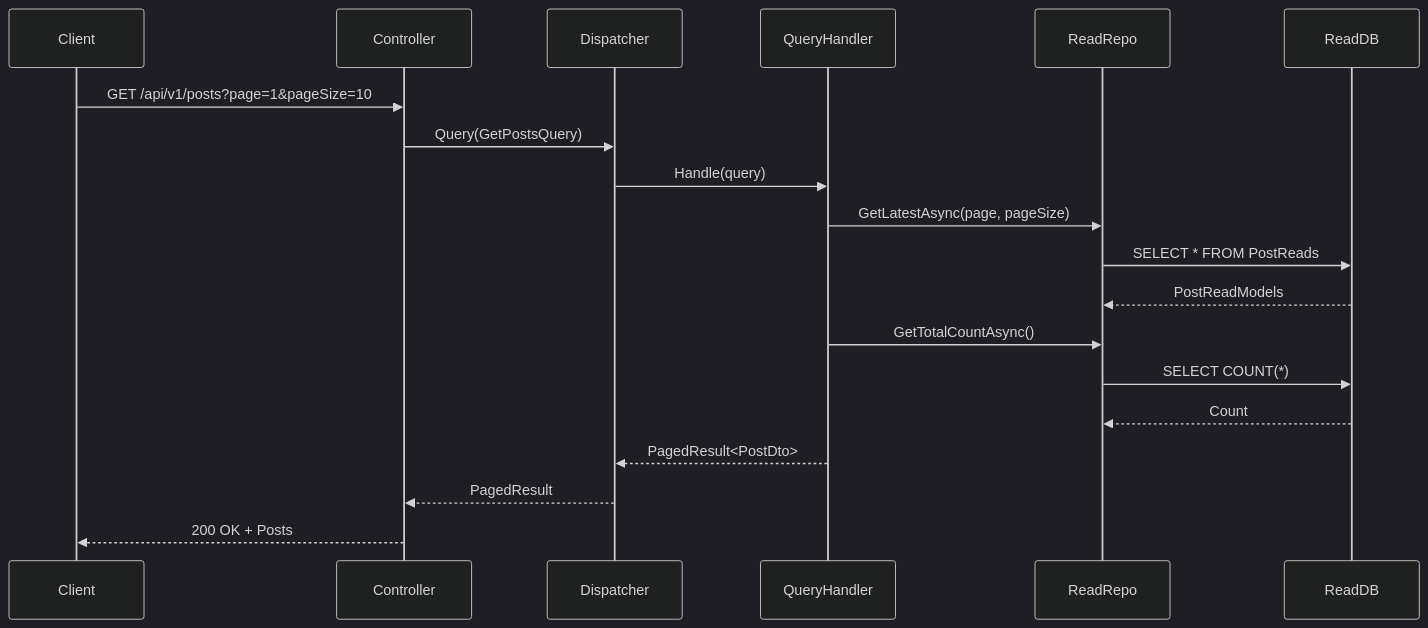
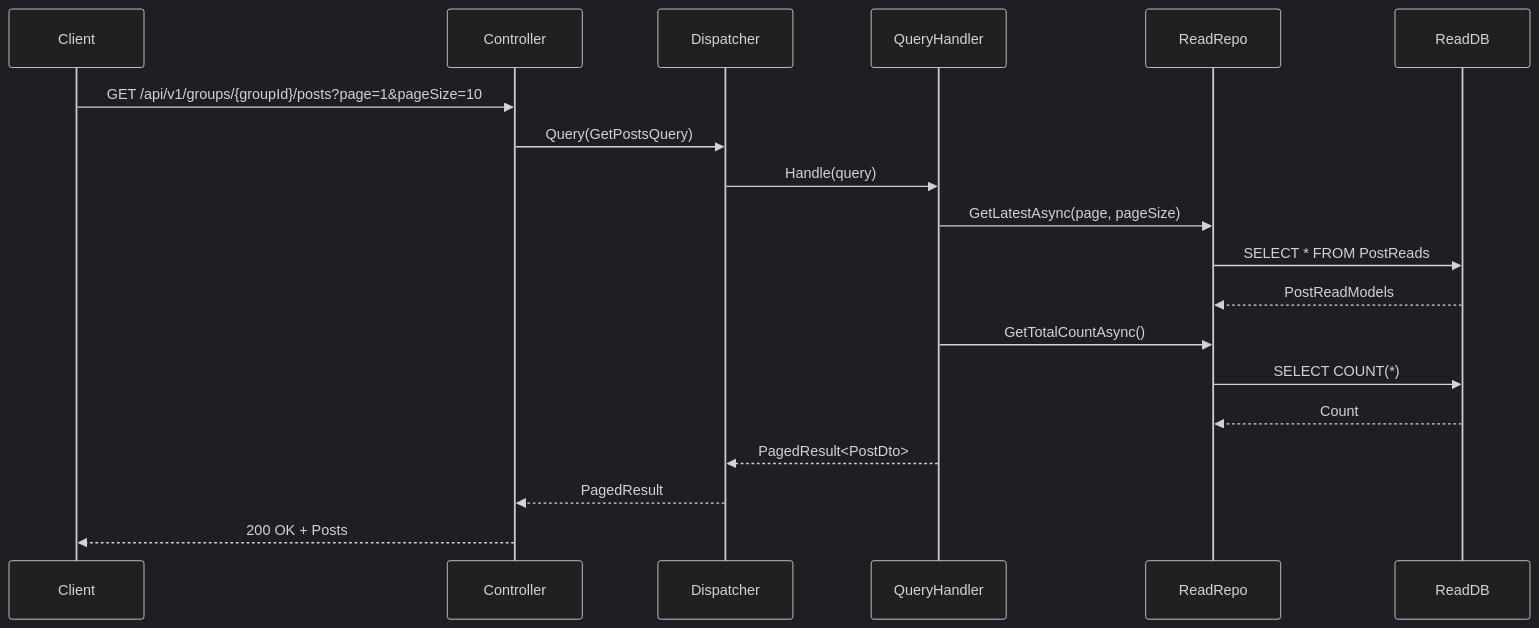
Before and after one commit to SitholeWB/social-media-api: the fourth of 7 diagrams in docs/API.md, drawn with Mermaid (dark theme). The commit also changed other lines of this file and 3 other files, not shown here.

````diff
--- a/docs/API.md
+++ b/docs/API.md
@@ -118,22 +122,22 @@
 ```mermaid
 sequenceDiagram
     participant Client
     participant Controller
     participant Dispatcher
     participant QueryHandler
     participant ReadRepo
     participant ReadDB
 
-    Client->>Controller: GET /api/v1/posts?page=1&pageSize=10
+    Client->>Controller: GET /api/v1/groups/{groupId}/posts?page=1&pageSize=10
     Controller->>Dispatcher: Query(GetPostsQuery)
     Dispatcher->>QueryHandler: Handle(query)
     QueryHandler->>ReadRepo: GetLatestAsync(page, pageSize)
     ReadRepo->>ReadDB: SELECT * FROM PostReads
     ReadDB-->>ReadRepo: PostReadModels
     QueryHandler->>ReadRepo: GetTotalCountAsync()
     ReadRepo->>ReadDB: SELECT COUNT(*)
     ReadDB-->>ReadRepo: Count
     QueryHandler-->>Dispatcher: PagedResult<PostDto>
     Dispatcher-->>Controller: PagedResult
     Controller-->>Client: 200 OK + Posts
 ```
````
